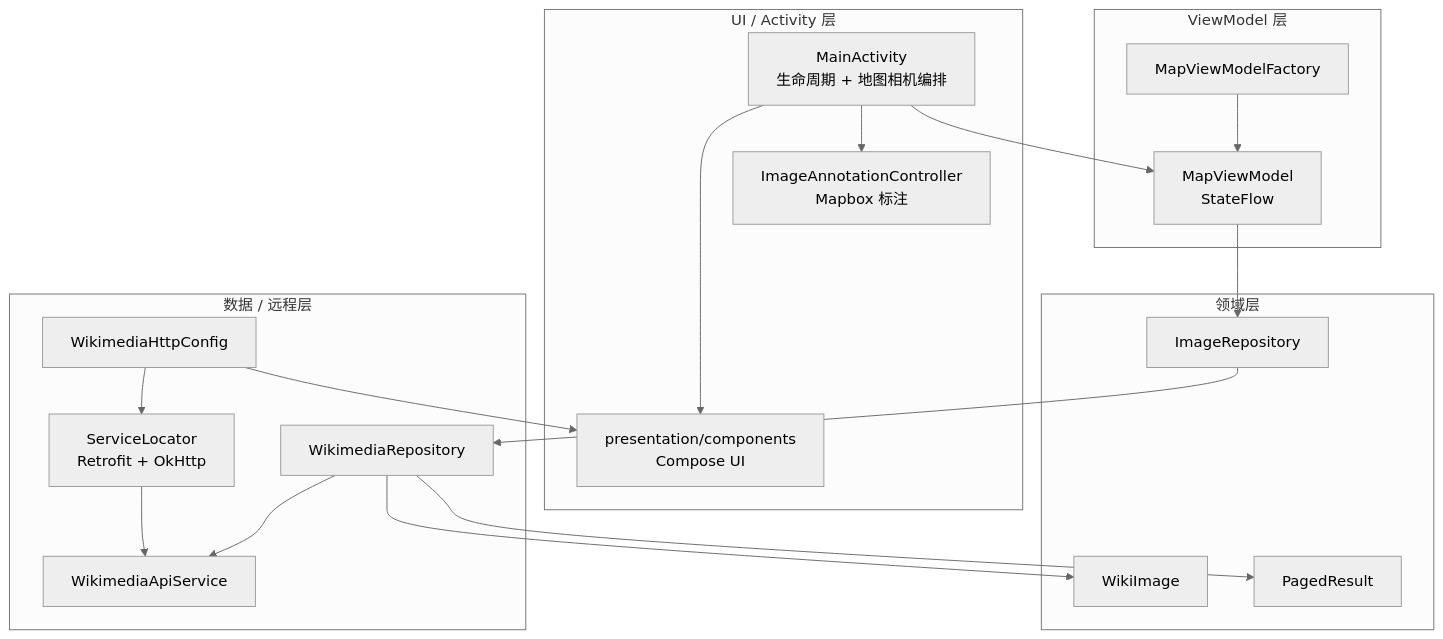
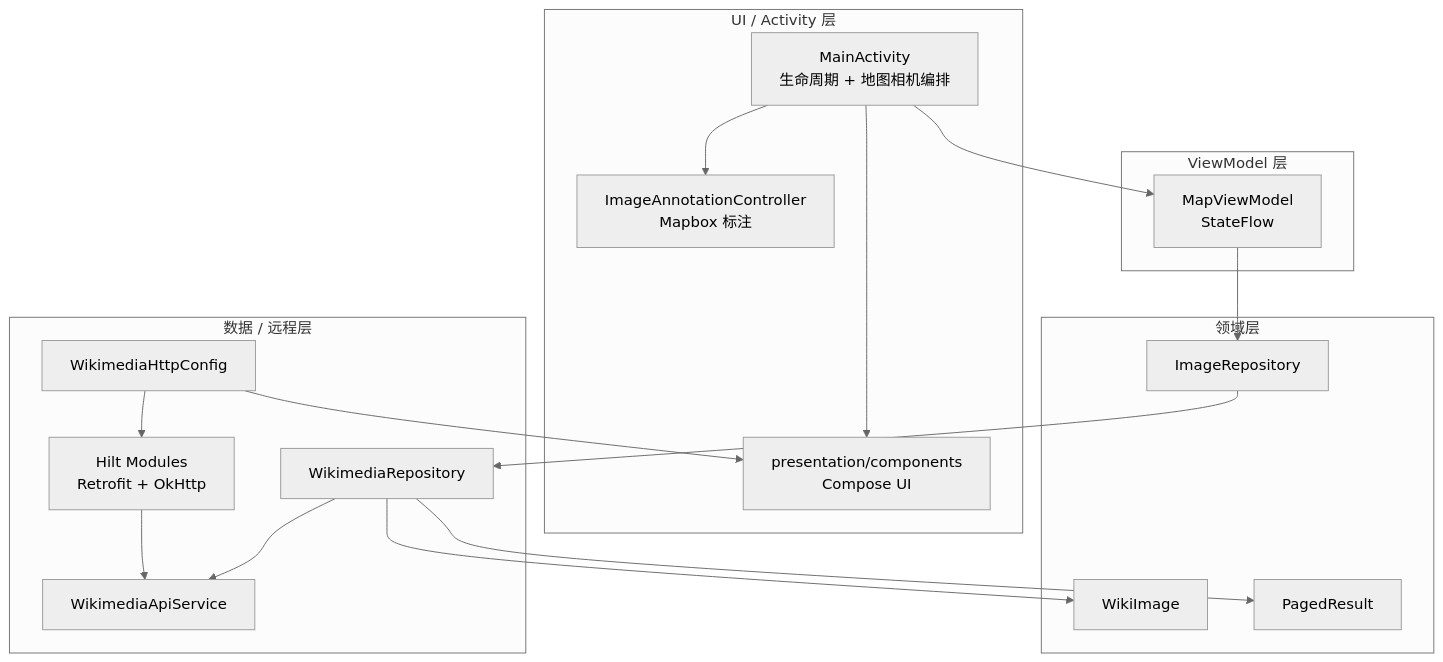
One commit to duchangyu/mapbox-wikimedia-explorer changed the first of 6 diagrams in README_CN.md. Above: the diagram before and after it, drawn with Mermaid (neutral theme). The commit also changed other lines of this file and 12 other files, not shown here.

Commit message:
Migrate service locator to Hilt

````diff
--- a/README_CN.md
+++ b/README_CN.md
@@ -35,39 +35,37 @@
 ```mermaid
 graph TD
     subgraph UI["UI / Activity 层"]
         A["MainActivity<br/>生命周期 + 地图相机编排"]
         B["presentation/components<br/>Compose UI"]
         C["ImageAnnotationController<br/>Mapbox 标注"]
     end
 
     subgraph VM["ViewModel 层"]
         D["MapViewModel<br/>StateFlow<MapUiState>"]
-        E["MapViewModelFactory"]
     end
 
     subgraph Domain["领域层"]
         F["ImageRepository"]
         G["WikiImage"]
         H["PagedResult"]
     end
 
     subgraph Data["数据 / 远程层"]
         I["WikimediaRepository"]
         J["WikimediaApiService"]
         K["WikimediaHttpConfig"]
-        L["ServiceLocator<br/>Retrofit + OkHttp"]
+        L["Hilt Modules<br/>Retrofit + OkHttp"]
     end
 
     A --> B
     A --> C
     A --> D
-    E --> D
     D --> F
     F --> I
     I --> J
     L --> J
     K --> L
     K --> B
     I --> G
     I --> H
 ```
````
